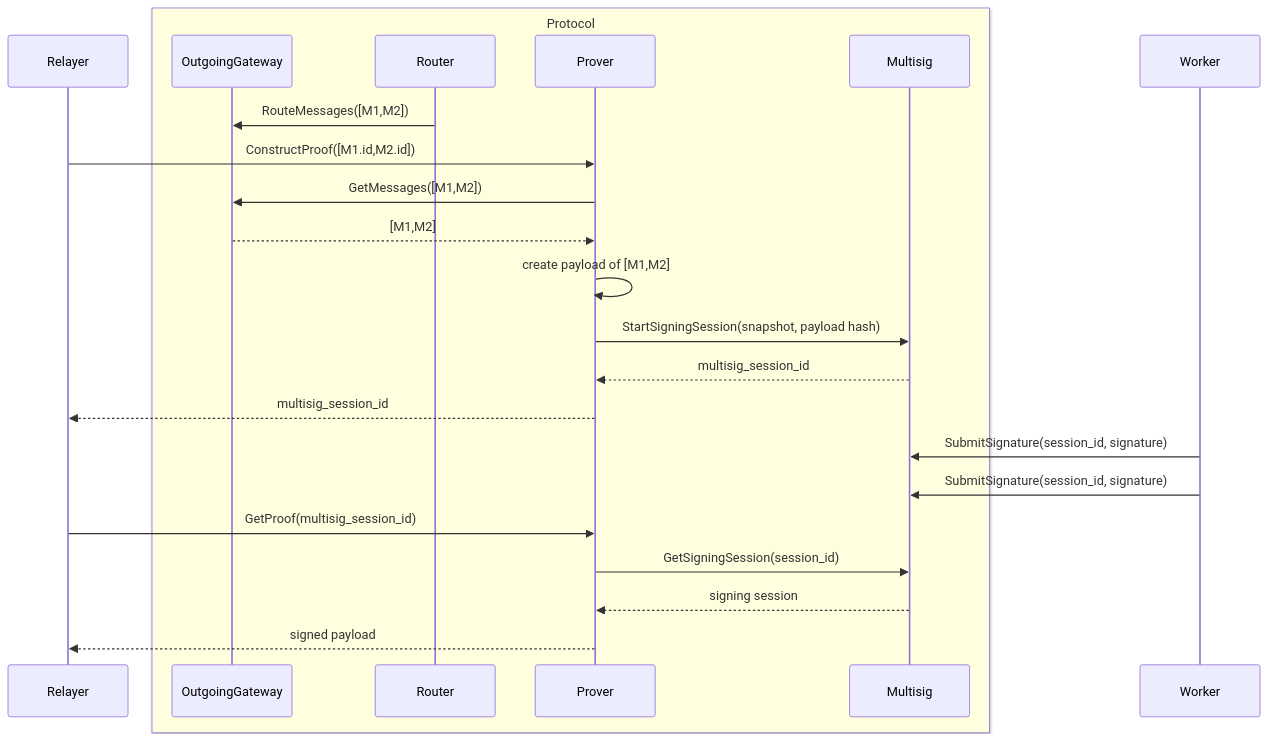
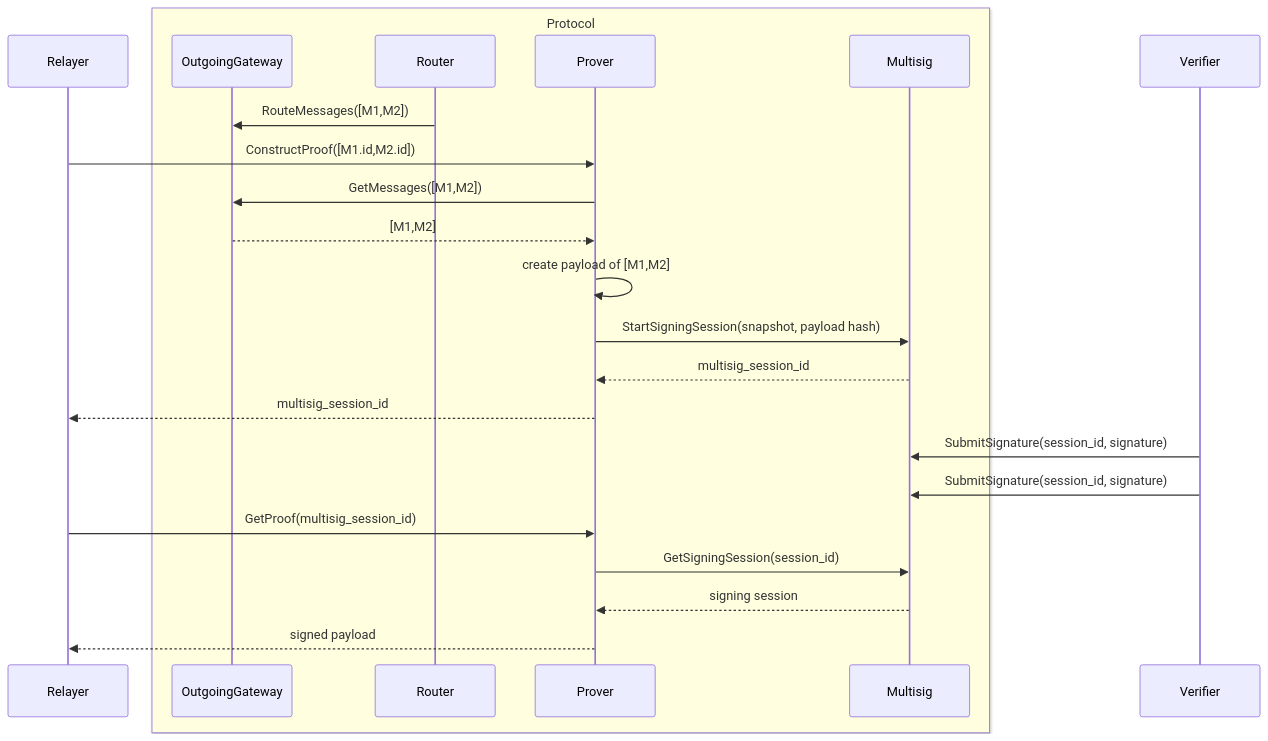
One commit to axelarnetwork/axelar-amplifier changed the fourth of 4 diagrams in doc/src/overview.md. Above: the diagram before and after it, drawn with Mermaid. The commit also changed other lines of this file and 3 other files, not shown here.

Commit message:
docs: rename worker to verifier

````diff
--- a/doc/src/overview.md
+++ b/doc/src/overview.md
@@ -116,28 +116,28 @@
 ```mermaid
 sequenceDiagram
     participant Relayer
     box LightYellow Protocol
     participant OutgoingGateway
     participant Router
     participant Prover
     participant Multisig
     end
-    participant Worker
+    participant Verifier
 
 
     Router->>OutgoingGateway: RouteMessages([M1,M2])
     Relayer->>Prover: ConstructProof([M1.id,M2.id])
     Prover->>OutgoingGateway: GetMessages([M1,M2])
     OutgoingGateway-->>Prover: [M1,M2]
     Prover->>Prover: create payload of [M1,M2]
     Prover->>Multisig: StartSigningSession(snapshot, payload hash)
     Multisig-->>Prover: multisig_session_id
     Prover-->>Relayer: multisig_session_id
-    Worker->>Multisig: SubmitSignature(session_id, signature)
-    Worker->>Multisig: SubmitSignature(session_id, signature)
+    Verifier->>Multisig: SubmitSignature(session_id, signature)
+    Verifier->>Multisig: SubmitSignature(session_id, signature)
     Relayer->>Prover: GetProof(multisig_session_id)
     Prover->>Multisig: GetSigningSession(session_id)
     Multisig-->>Prover: signing session
     Prover-->>Relayer: signed payload
 
 ```
````
